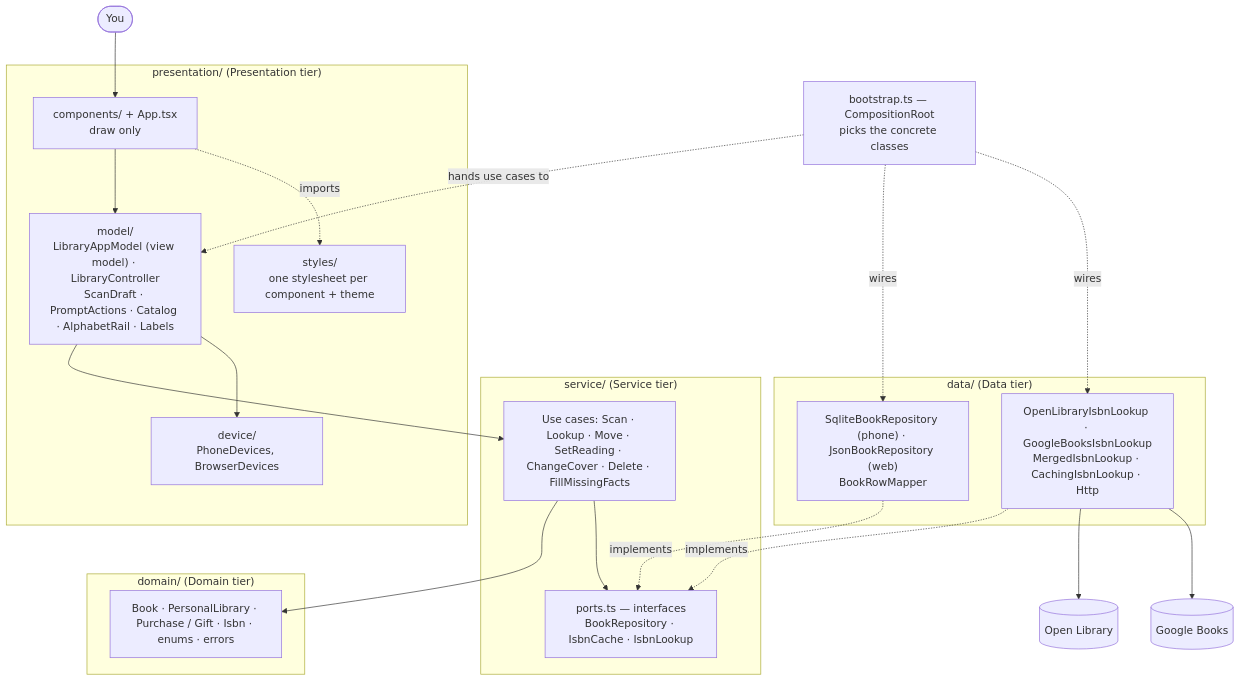
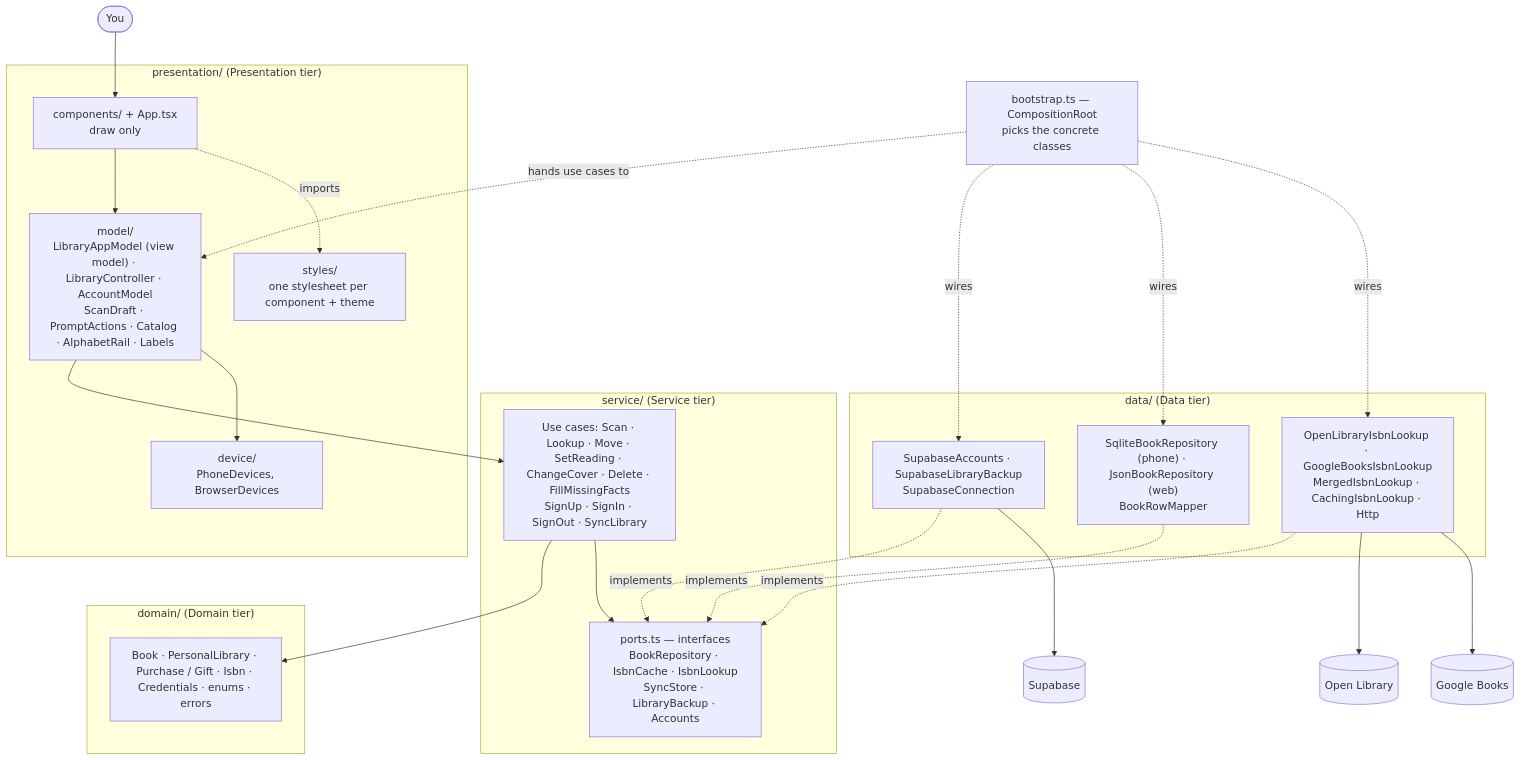
One commit to ghechavarria/cen5064-project-hechavarria changed the first of 5 diagrams in docs/code-review.md. Above: the diagram before and after it, drawn with Mermaid. The commit also changed other lines of this file, not shown here.

First line of the commit message:
Study guide: accounts and sync (feature 4) in plain words

````diff
--- a/docs/code-review.md
+++ b/docs/code-review.md
@@ -11,39 +11,44 @@
 ```mermaid
 flowchart TB
     user(["You"])
     subgraph P["presentation/  (Presentation tier)"]
         comp["components/ + App.tsx<br/>draw only"]
-        model["model/<br/>LibraryAppModel (view model) · LibraryController<br/>ScanDraft · PromptActions · Catalog · AlphabetRail · Labels"]
+        model["model/<br/>LibraryAppModel (view model) · LibraryController · AccountModel<br/>ScanDraft · PromptActions · Catalog · AlphabetRail · Labels"]
         device["device/<br/>PhoneDevices, BrowserDevices"]
         styles["styles/<br/>one stylesheet per component + theme"]
     end
     subgraph S["service/  (Service tier)"]
-        uc["Use cases: Scan · Lookup · Move · SetReading · ChangeCover · Delete · FillMissingFacts"]
-        ports["ports.ts — interfaces<br/>BookRepository · IsbnCache · IsbnLookup"]
+        uc["Use cases: Scan · Lookup · Move · SetReading · ChangeCover · Delete · FillMissingFacts<br/>SignUp · SignIn · SignOut · SyncLibrary"]
+        ports["ports.ts — interfaces<br/>BookRepository · IsbnCache · IsbnLookup<br/>SyncStore · LibraryBackup · Accounts"]
     end
     subgraph D["domain/  (Domain tier)"]
-        rules["Book · PersonalLibrary · Purchase / Gift · Isbn · enums · errors"]
+        rules["Book · PersonalLibrary · Purchase / Gift · Isbn · Credentials · enums · errors"]
     end
     subgraph DA["data/  (Data tier)"]
         repo["SqliteBookRepository (phone) · JsonBookRepository (web)<br/>BookRowMapper"]
         src["OpenLibraryIsbnLookup · GoogleBooksIsbnLookup<br/>MergedIsbnLookup · CachingIsbnLookup · Http"]
+        acct["SupabaseAccounts · SupabaseLibraryBackup<br/>SupabaseConnection"]
     end
     root["bootstrap.ts — CompositionRoot<br/>picks the concrete classes"]
     ol[("Open Library")]
     gb[("Google Books")]
+    sb[("Supabase")]
 
     user --> comp
     comp --> model
     comp -. imports .-> styles
     model --> uc
     model --> device
     uc --> rules
     uc --> ports
     repo -. implements .-> ports
     src -. implements .-> ports
     src --> ol
     src --> gb
+    acct -. implements .-> ports
+    acct --> sb
+    root -. wires .-> acct
     root -. wires .-> repo
     root -. wires .-> src
     root -. hands use cases to .-> model
 ```
````
